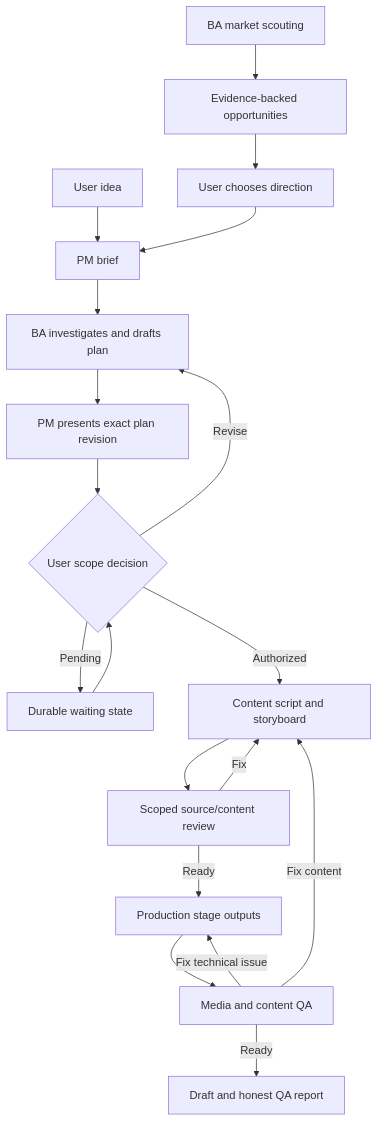
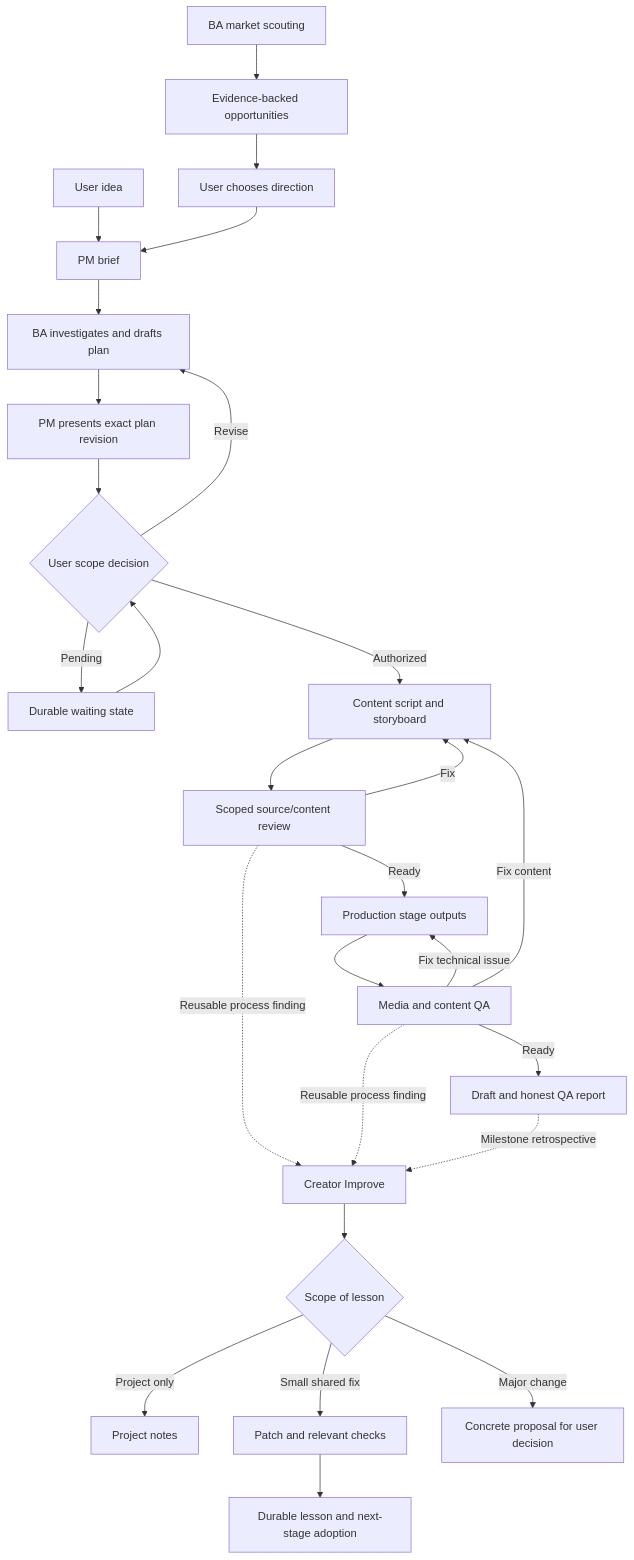
Before and after one commit to DangQuangAnh1/YTB: the diagram in docs/workflow.md, drawn with Mermaid. The commit also changed other lines of this file and 10 other files, not shown here.

````diff
--- a/docs/workflow.md
+++ b/docs/workflow.md
@@ -3,21 +3,29 @@
 ```mermaid
 flowchart TD
   U[User idea] --> PM[PM brief]
   S[BA market scouting] --> O[Evidence-backed opportunities]
   O --> C[User chooses direction]
   C --> PM
   PM --> BA[BA investigates and drafts plan]
   BA --> P[PM presents exact plan revision]
   P --> G{User scope decision}
   G -->|Revise| BA
   G -->|Pending| W[Durable waiting state]
   W --> G
   G -->|Authorized| CT[Content script and storyboard]
   CT --> R[Scoped source/content review]
   R -->|Fix| CT
   R -->|Ready| PR[Production stage outputs]
   PR --> QA[Media and content QA]
   QA -->|Fix technical issue| PR
   QA -->|Fix content| CT
   QA -->|Ready| D[Draft and honest QA report]
+  R -. Reusable process finding .-> IM[Creator Improve]
+  QA -. Reusable process finding .-> IM
+  D -. Milestone retrospective .-> IM
+  IM --> SC{Scope of lesson}
+  SC -->|Project only| LP[Project notes]
+  SC -->|Small shared fix| FX[Patch and relevant checks]
+  SC -->|Major change| PP[Concrete proposal for user decision]
+  FX --> LR[Durable lesson and next-stage adoption]
 ```
````
